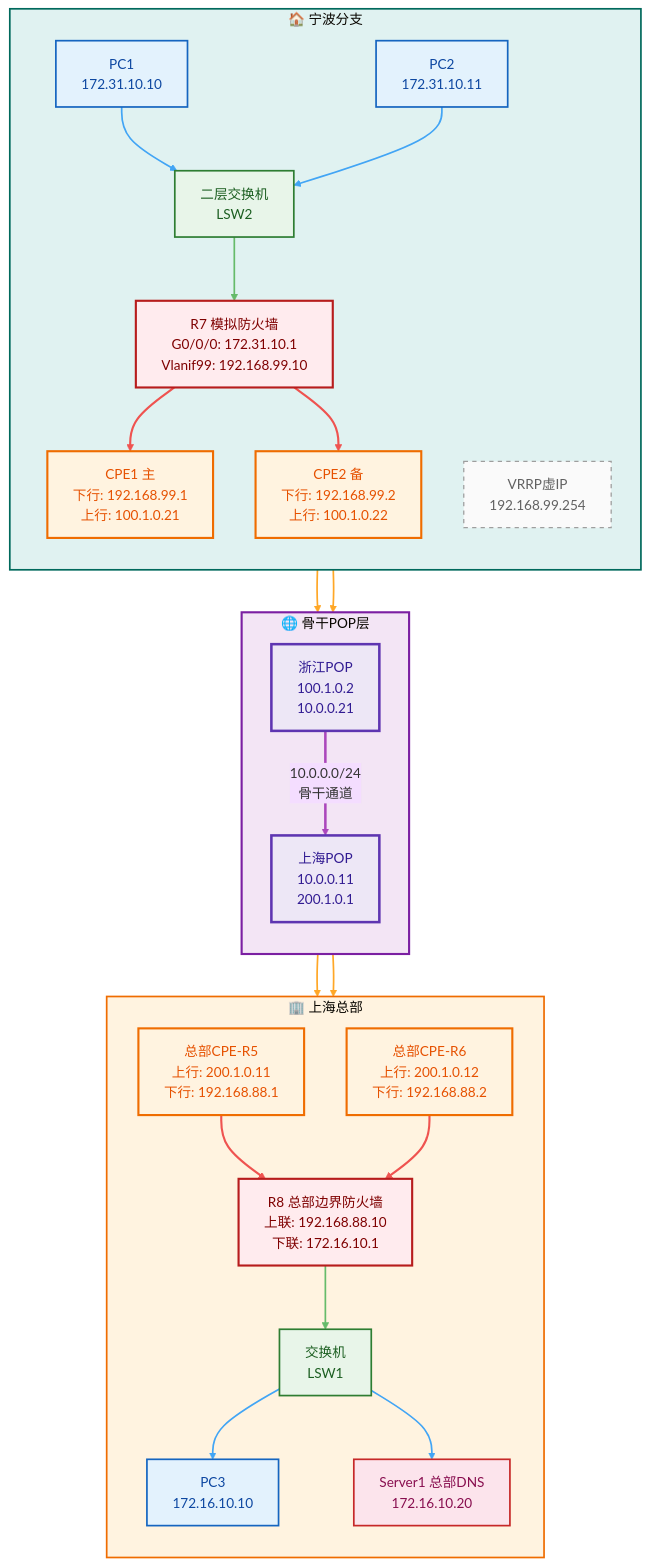
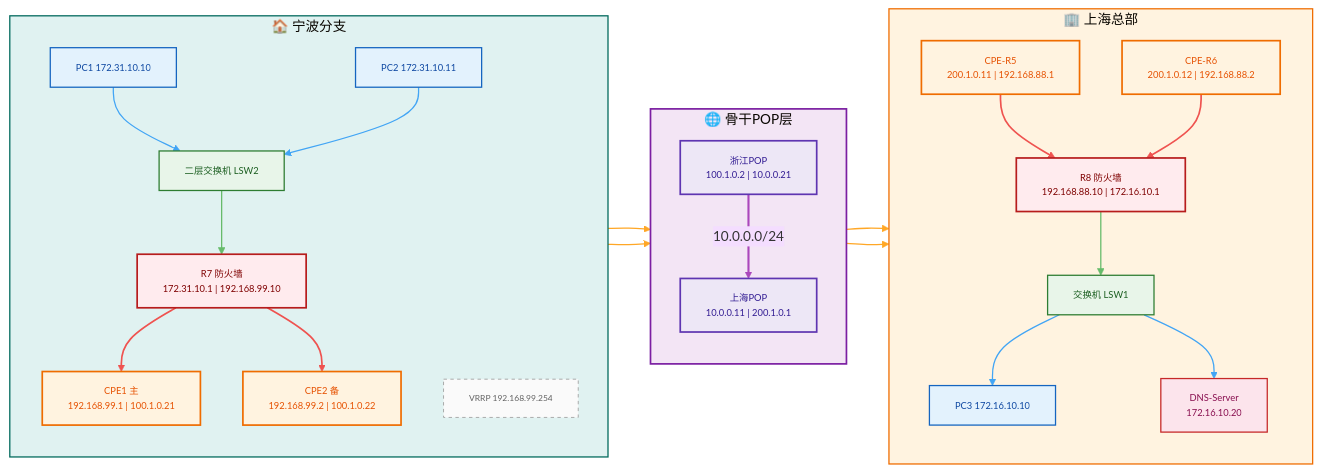
The diagram in works/组网项目-某航运公司跨省组网.md (SimonSU5/personal-site-content), drawn with Mermaid (base theme) before and after one commit.

Commit message:
vault backup: 2026-06-26 15:48:35

````diff
--- a/works/组网项目-某航运公司跨省组网.md
+++ b/works/组网项目-某航运公司跨省组网.md
@@ -98,89 +98,85 @@
 ```mermaid
-flowchart TB
-    %% ================= 样式定义 =================
-    classDef terminal fill:#e3f2fd,stroke:#1565c0,stroke-width:2px,color:#0d47a1
-    classDef l2switch fill:#e8f5e9,stroke:#2e7d32,stroke-width:2px,color:#1b5e20
-    classDef firewall fill:#ffebee,stroke:#b71c1c,stroke-width:2.5px,color:#7f0000
-    classDef cpe fill:#fff3e0,stroke:#ef6c00,stroke-width:2.5px,color:#e65100
-    classDef noteStyle fill:#fafafa,stroke:#9e9e9e,stroke-width:1.5px,color:#616161,stroke-dasharray: 5 5
-    classDef pop fill:#ede7f6,stroke:#5e35b1,stroke-width:3px,color:#311b92
-    classDef server fill:#fce4ec,stroke:#c62828,stroke-width:2px,color:#880e4f
-
-    %% ================= 宁波分支（左侧） =================
-    subgraph 宁波分支["🏠 宁波分支"]
-        direction TB
-        PC1["PC1<br>172.31.10.10"]
-        PC2["PC2<br>172.31.10.11"]
-        LSW2["二层交换机<br>LSW2"]
-        FW-R7["R7 模拟防火墙<br>G0/0/0: 172.31.10.1<br>Vlanif99: 192.168.99.10"]
-        NB-CPE1["CPE1 主<br>下行: 192.168.99.1<br>上行: 100.1.0.21"]
-        NB-CPE2["CPE2 备<br>下行: 192.168.99.2<br>上行: 100.1.0.22"]
-        noteVRRP["VRRP虚IP<br>192.168.99.254"]
-    end
-
-    %% ================= 骨干POP层（中间） =================
-    subgraph 骨干POP层["🌐 骨干POP层"]
-        direction TB
-        ZJ-POP["浙江POP<br>100.1.0.2<br>10.0.0.21"]
-        SH-POP["上海POP<br>10.0.0.11<br>200.1.0.1"]
-    end
-
-    %% ================= 上海总部（右侧） =================
-    subgraph 上海总部["🏢 上海总部"]
-        direction TB
-        R5["总部CPE-R5<br>上行: 200.1.0.11<br>下行: 192.168.88.1"]
-        R6["总部CPE-R6<br>上行: 200.1.0.12<br>下行: 192.168.88.2"]
-        R8["R8 总部边界防火墙<br>上联: 192.168.88.10<br>下联: 172.16.10.1"]
-        LSW1["交换机<br>LSW1"]
-        PC3["PC3<br>172.16.10.10"]
-        DNS-SRV["Server1 总部DNS<br>172.16.10.20"]
-    end
-
-    %% ================= 宁波内部连线 =================
-    PC1 --> LSW2
-    PC2 --> LSW2
-    LSW2 --> FW-R7
-    FW-R7 --> NB-CPE1
-    FW-R7 --> NB-CPE2
-
-    %% ================= 宁波 → POP =================
-    NB-CPE1 --> ZJ-POP
-    NB-CPE2 --> ZJ-POP
-
-    %% ================= POP 骨干通道 =================
-    ZJ-POP -- "10.0.0.0/24<br>骨干通道" --> SH-POP
-
-    %% ================= POP → 上海总部 =================
-    SH-POP --> R5
-    SH-POP --> R6
-    R5 --> R8
-    R6 --> R8
-    R8 --> LSW1
-    LSW1 --> PC3
-    LSW1 --> DNS-SRV
-
-    %% ================= 样式应用 =================
-    class PC1,PC2,PC3 terminal
-    class LSW1,LSW2 l2switch
-    class FW-R7,R8 firewall
-    class NB-CPE1,NB-CPE2,R5,R6 cpe
-    class noteVRRP noteStyle
-    class ZJ-POP,SH-POP pop
-    class DNS-SRV server
-
-    %% Subgraph 背景
-    style 宁波分支 fill:#e0f2f1,stroke:#00695c,stroke-width:2px
-    style 骨干POP层 fill:#f3e5f5,stroke:#7b1fa2,stroke-width:2.5px
-    style 上海总部 fill:#fff3e0,stroke:#ef6c00,stroke-width:2px
-
-    %% 链路样式
-    linkStyle 0,1 stroke:#42a5f5,stroke-width:2px
-    linkStyle 2 stroke:#66bb6a,stroke-width:2px
-    linkStyle 3,4 stroke:#ef5350,stroke-width:2.5px
-    linkStyle 5,6 stroke:#ffa726,stroke-width:2px
-    linkStyle 7 stroke:#ab47bc,stroke-width:3px
-    linkStyle 8,9 stroke:#ffa726,stroke-width:2px
-    linkStyle 10,11 stroke:#ef5350,stroke-width:2.5px
-    linkStyle 12 stroke:#66bb6a,stroke-width:2px
-    linkStyle 13,14 stroke:#42a5f5,stroke-width:2px
+	flowchart LR
+	    %% ================= 样式定义 =================
+	    classDef terminal fill:#e3f2fd,stroke:#1565c0,stroke-width:1.5px,color:#0d47a1,font-size:11px
+	    classDef l2switch fill:#e8f5e9,stroke:#2e7d32,stroke-width:1.5px,color:#1b5e20,font-size:11px
+	    classDef firewall fill:#ffebee,stroke:#b71c1c,stroke-width:2px,color:#7f0000,font-size:11px
+	    classDef cpe fill:#fff3e0,stroke:#ef6c00,stroke-width:2px,color:#e65100,font-size:11px
+	    classDef noteStyle fill:#fafafa,stroke:#9e9e9e,stroke-width:1px,color:#616161,stroke-dasharray: 4 4,font-size:10px
+	    classDef pop fill:#ede7f6,stroke:#5e35b1,stroke-width:2px,color:#311b92,font-size:11px
+	    classDef server fill:#fce4ec,stroke:#c62828,stroke-width:1.5px,color:#880e4f,font-size:11px
+	
+	    %% ================= 宁波分支 =================
+	    subgraph 宁波分支["🏠 宁波分支"]
+	        direction TB
+	        PC1["PC1 172.31.10.10"]
+	        PC2["PC2 172.31.10.11"]
+	        LSW2["二层交换机 LSW2"]
+	        FW-R7["R7 防火墙<br>172.31.10.1 | 192.168.99.10"]
+	        NB-CPE1["CPE1 主<br>192.168.99.1 | 100.1.0.21"]
+	        NB-CPE2["CPE2 备<br>192.168.99.2 | 100.1.0.22"]
+	        noteVRRP["VRRP 192.168.99.254"]
+	    end
+	
+	    %% ================= 骨干POP层 =================
+	    subgraph 骨干POP层["🌐 骨干POP层"]
+	        direction TB
+	        ZJ-POP["浙江POP<br>100.1.0.2 | 10.0.0.21"]
+	        SH-POP["上海POP<br>10.0.0.11 | 200.1.0.1"]
+	    end
+	
+	    %% ================= 上海总部 =================
+	    subgraph 上海总部["🏢 上海总部"]
+	        direction TB
+	        R5["CPE-R5<br>200.1.0.11 | 192.168.88.1"]
+	        R6["CPE-R6<br>200.1.0.12 | 192.168.88.2"]
+	        R8["R8 防火墙<br>192.168.88.10 | 172.16.10.1"]
+	        LSW1["交换机 LSW1"]
+	        PC3["PC3 172.16.10.10"]
+	        DNS-SRV["DNS-Server<br>172.16.10.20"]
+	    end
+	
+	    %% ================= 连线 =================
+	    PC1 --> LSW2
+	    PC2 --> LSW2
+	    LSW2 --> FW-R7
+	    FW-R7 --> NB-CPE1
+	    FW-R7 --> NB-CPE2
+	    NB-CPE1 --> ZJ-POP
+	    NB-CPE2 --> ZJ-POP
+	
+	    ZJ-POP -- "10.0.0.0/24" --> SH-POP
+	
+	    SH-POP --> R5
+	    SH-POP --> R6
+	    R5 --> R8
+	    R6 --> R8
+	    R8 --> LSW1
+	    LSW1 --> PC3
+	    LSW1 --> DNS-SRV
+	
+	    %% ================= 样式应用 =================
+	    class PC1,PC2,PC3 terminal
+	    class LSW1,LSW2 l2switch
+	    class FW-R7,R8 firewall
+	    class NB-CPE1,NB-CPE2,R5,R6 cpe
+	    class noteVRRP noteStyle
+	    class ZJ-POP,SH-POP pop
+	    class DNS-SRV server
+	
+	    %% Subgraph 背景
+	    style 宁波分支 fill:#e0f2f1,stroke:#00695c,stroke-width:1.5px
+	    style 骨干POP层 fill:#f3e5f5,stroke:#7b1fa2,stroke-width:2px
+	    style 上海总部 fill:#fff3e0,stroke:#ef6c00,stroke-width:1.5px
+	
+	    %% 链路样式
+	    linkStyle 0,1 stroke:#42a5f5,stroke-width:1.5px
+	    linkStyle 2 stroke:#66bb6a,stroke-width:1.5px
+	    linkStyle 3,4 stroke:#ef5350,stroke-width:2px
+	    linkStyle 5,6 stroke:#ffa726,stroke-width:1.5px
+	    linkStyle 7 stroke:#ab47bc,stroke-width:2.5px
+	    linkStyle 8,9 stroke:#ffa726,stroke-width:1.5px
+	    linkStyle 10,11 stroke:#ef5350,stroke-width:2px
+	    linkStyle 12 stroke:#66bb6a,stroke-width:1.5px
+	    linkStyle 13,14 stroke:#42a5f5,stroke-width:1.5px
 ```
````
